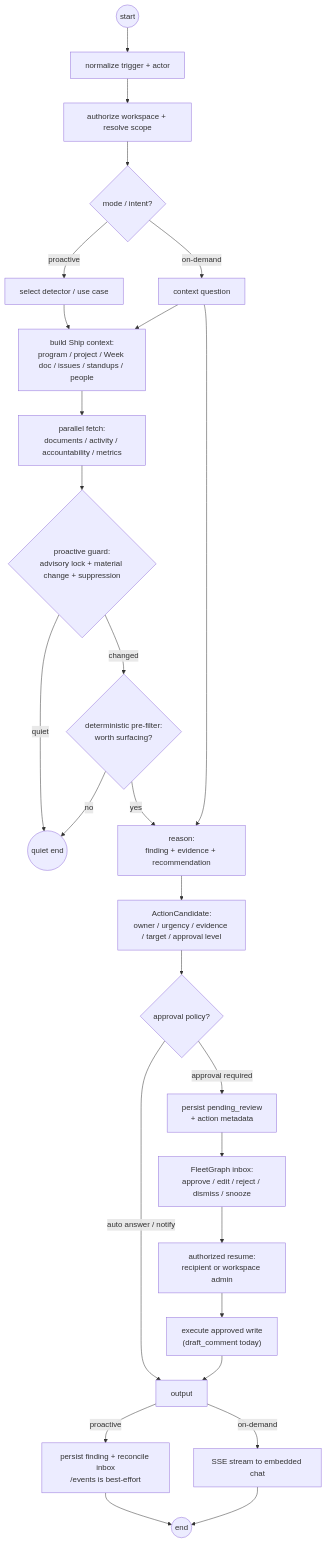
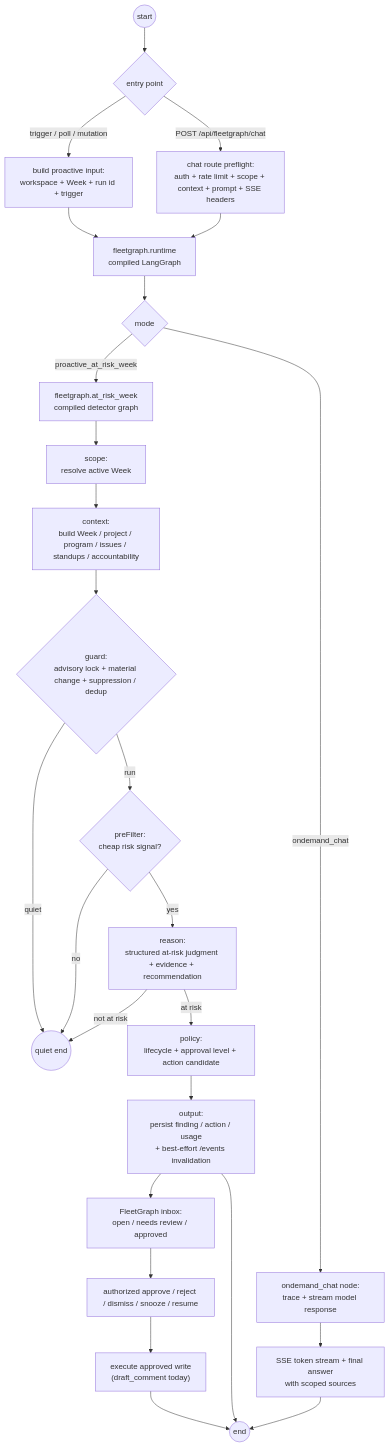
One commit to ccandelori/shipshape changed the diagram in FLEETGRAPH.md. Above: the diagram before and after it, drawn with Mermaid. The commit also changed other lines of this file and 1 other file, not shown here.

Commit message:
docs(fleetgraph): align architecture diagrams with runtime

````diff
--- a/FLEETGRAPH.md
+++ b/FLEETGRAPH.md
@@ -169,33 +169,31 @@
 ```mermaid
 flowchart TD
-    START((start)) --> trigger["normalize trigger + actor"]
-    trigger --> scope["authorize workspace + resolve scope"]
-    scope --> intent{mode / intent?}
-    intent -->|proactive| detector["select detector / use case"]
-    intent -->|on-demand| userIntent["context question"]
+    START((start)) --> entry{entry point}
+    entry -->|trigger / poll / mutation| proactiveInput["build proactive input:<br/>workspace + Week + run id + trigger"]
+    entry -->|POST /api/fleetgraph/chat| chatPreflight["chat route preflight:<br/>auth + rate limit + scope + context + prompt + SSE headers"]
 
-    detector --> context
-    userIntent --> context
-    context["build Ship context:<br/>program / project / Week doc / issues / standups / people"] --> fetch["parallel fetch:<br/>documents / activity / accountability / metrics"]
-    fetch --> guard{"proactive guard:<br/>advisory lock + material change + suppression"}
+    proactiveInput --> runtime["fleetgraph.runtime<br/>compiled LangGraph"]
+    chatPreflight --> runtime
+    runtime --> branch{mode}
 
+    branch -->|proactive_at_risk_week| atRisk["fleetgraph.at_risk_week<br/>compiled detector graph"]
+    atRisk --> scope["scope:<br/>resolve active Week"]
+    scope --> context["context:<br/>build Week / project / program / issues / standups / accountability"]
+    context --> guard{"guard:<br/>advisory lock + material change + suppression / dedup"}
     guard -->|quiet| ENDQ((quiet end))
-    guard -->|changed| preFilter{"deterministic pre-filter:<br/>worth surfacing?"}
-    userIntent --> reason
+    guard -->|run| preFilter{"preFilter:<br/>cheap risk signal?"}
     preFilter -->|no| ENDQ
-    preFilter -->|yes| reason["reason:<br/>finding + evidence + recommendation"]
+    preFilter -->|yes| reason["reason:<br/>structured at-risk judgment + evidence + recommendation"]
+    reason -->|not at risk| ENDQ
+    reason -->|at risk| policy["policy:<br/>lifecycle + approval level + action candidate"]
+    policy --> output["output:<br/>persist finding / action / usage<br/>+ best-effort /events invalidation"]
+    output --> inbox["FleetGraph inbox:<br/>open / needs review / approved"]
+    inbox --> resume["authorized approve / reject / dismiss / snooze / resume"]
+    resume --> execute["execute approved write<br/>(draft_comment today)"]
+    execute --> END((end))
+    output --> END
 
-    reason --> candidate["ActionCandidate:<br/>owner / urgency / evidence / target / approval level"]
-    candidate --> policy{approval policy?}
-    policy -->|auto answer / notify| output
-    policy -->|approval required| pending["persist pending_review<br/>+ action metadata"]
-    pending --> approval["FleetGraph inbox:<br/>approve / edit / reject / dismiss / snooze"]
-    approval --> resume["authorized resume:<br/>recipient or workspace admin"]
-    resume --> execute["execute approved write<br/>(draft_comment today)"]
-    execute --> output
-
-    output -->|proactive| persist["persist finding + reconcile inbox<br/>/events is best-effort"]
-    output -->|on-demand| stream["SSE stream to embedded chat"]
-    persist --> END((end))
+    branch -->|ondemand_chat| chatNode["ondemand_chat node:<br/>trace + stream model response"]
+    chatNode --> stream["SSE token stream + final answer<br/>with scoped sources"]
     stream --> END
 ```
````
